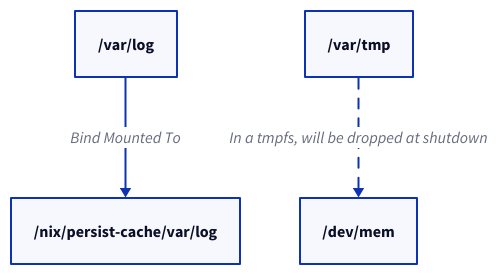
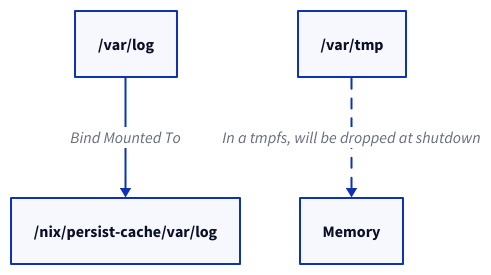
The third of 3 diagrams in src/content/docs/epilogue/luks-secure-boot.mdx (Bwc9876/dgang), drawn with D2 before and after one commit. The commit also changed other lines of this file and 2 other files, not shown here.

````diff
--- a/src/content/docs/epilogue/luks-secure-boot.mdx
+++ b/src/content/docs/epilogue/luks-secure-boot.mdx
@@ -236,4 +234,4 @@
 ```d2
 "/var/log" -> "/nix/persist-cache/var/log" : Bind Mounted To
-"/var/tmp" -> "/dev/mem" : In a tmpfs, will be dropped at shutdown { style.stroke-dash: 5 }
+"/var/tmp" -> "Memory" : In a tmpfs, will be dropped at shutdown { style.stroke-dash: 5 }
 ```
````
